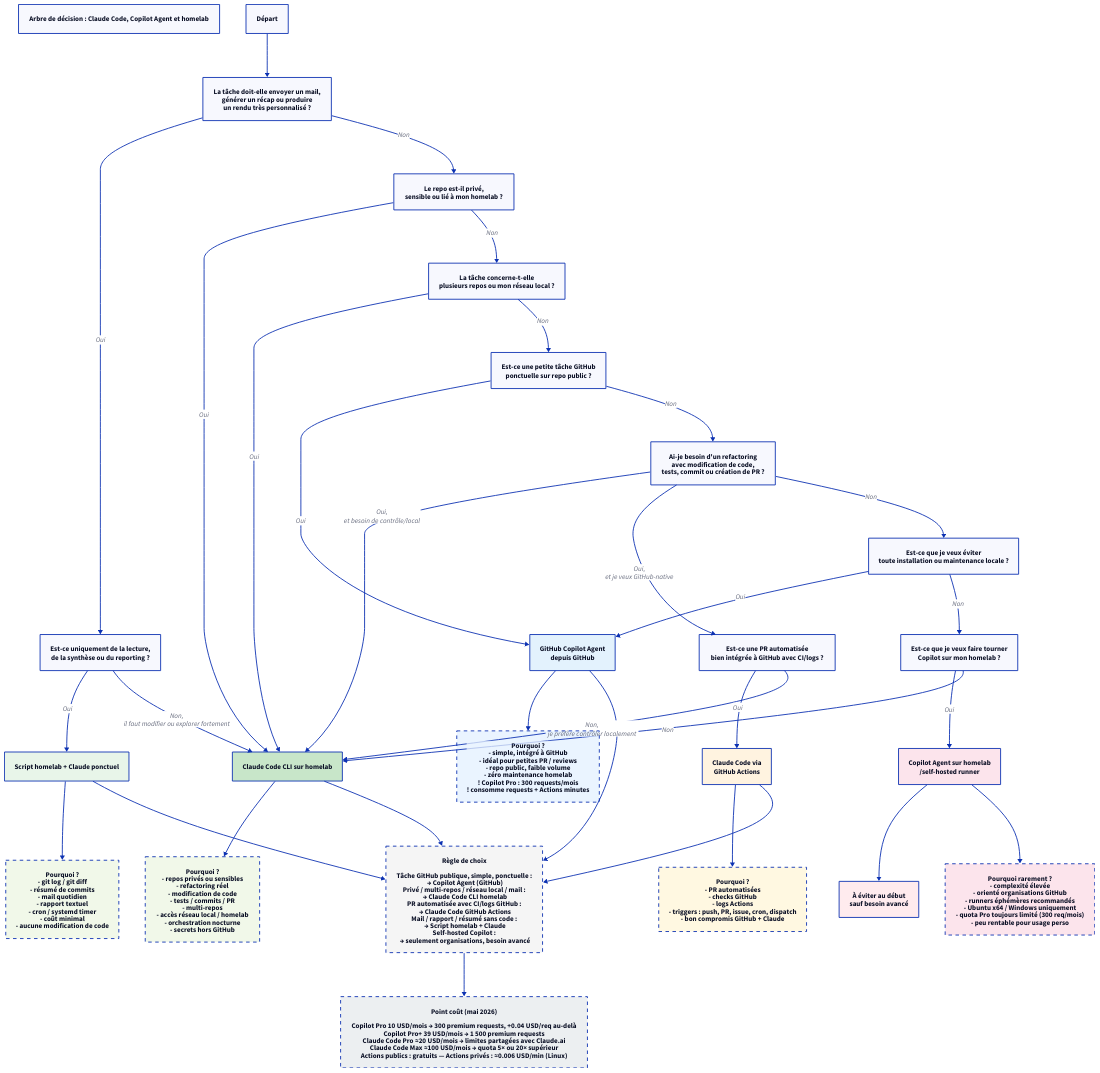
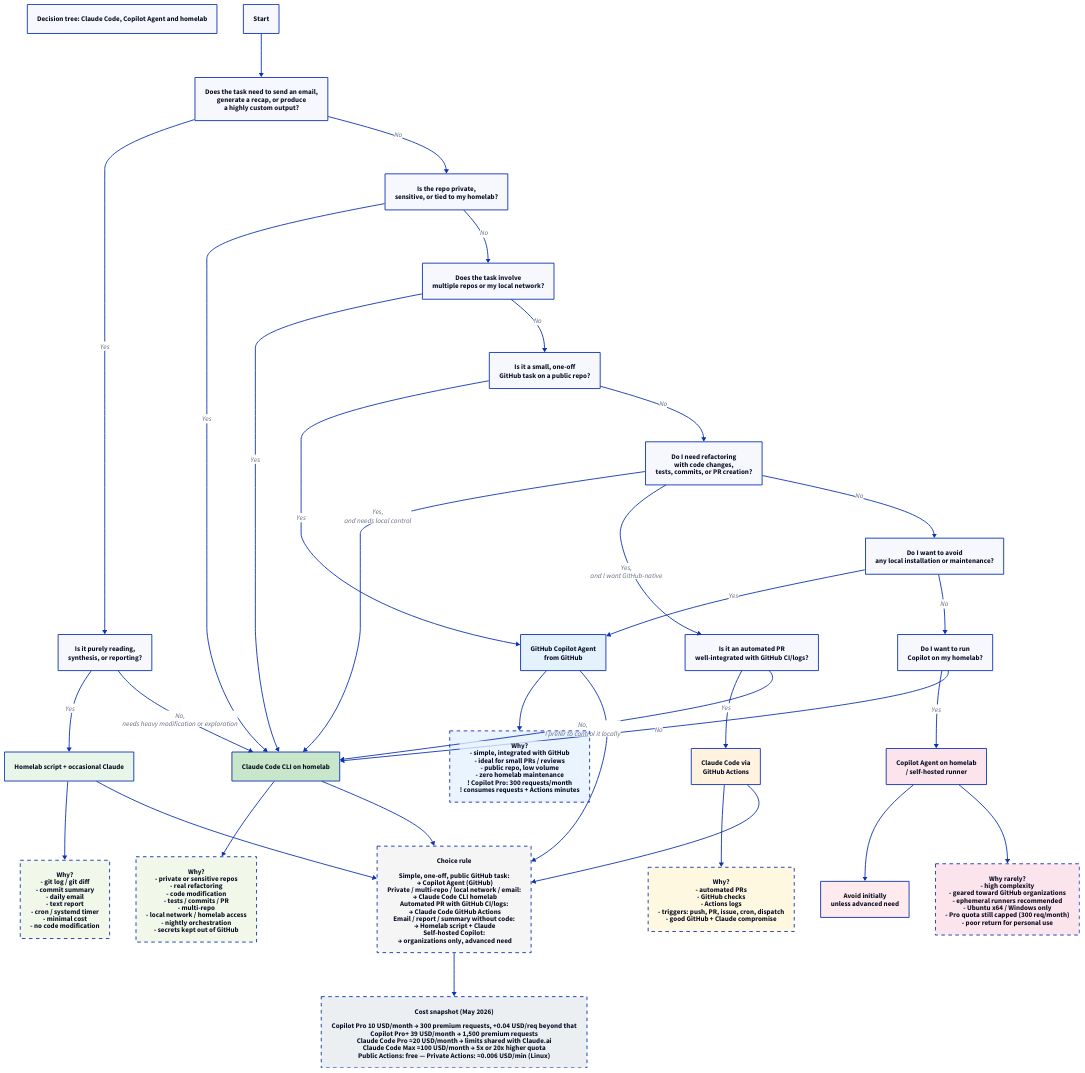
Before and after one commit to Trophalaxeur/bismuth-blog: the diagram in docs/ai-agent-decision-tree/decision-tree.d2, drawn with D2. The commit also changed 33 other files, not shown here.

```diff
--- a/docs/ai-agent-decision-tree/decision-tree.d2
+++ b/docs/ai-agent-decision-tree/decision-tree.d2
@@ -1,156 +1,156 @@
 direction: down
 
-title: "Arbre de décision : Claude Code, Copilot Agent et homelab"
+title: "Decision tree: Claude Code, Copilot Agent and homelab"
 
-start: "Départ"
+start: "Start"
 
-q1: "La tâche doit-elle envoyer un mail,\ngénérer un récap ou produire\nun rendu très personnalisé ?"
+q1: "Does the task need to send an email,\ngenerate a recap, or produce\na highly custom output?"
 
-q2: "Est-ce uniquement de la lecture,\nde la synthèse ou du reporting ?"
+q2: "Is it purely reading,\nsynthesis, or reporting?"
 
-q3: "Le repo est-il privé,\nsensible ou lié à mon homelab ?"
+q3: "Is the repo private,\nsensitive, or tied to my homelab?"
 
-q4: "La tâche concerne-t-elle\nplusieurs repos ou mon réseau local ?"
+q4: "Does the task involve\nmultiple repos or my local network?"
 
-q5: "Est-ce une petite tâche GitHub\nponctuelle sur repo public ?"
+q5: "Is it a small, one-off\nGitHub task on a public repo?"
 
-q6: "Ai-je besoin d'un refactoring\navec modification de code,\ntests, commit ou création de PR ?"
+q6: "Do I need refactoring\nwith code changes,\ntests, commits, or PR creation?"
 
-q7: "Est-ce une PR automatisée\nbien intégrée à GitHub avec CI/logs ?"
+q7: "Is it an automated PR\nwell-integrated with GitHub CI/logs?"
 
-q8: "Est-ce que je veux éviter\ntoute installation ou maintenance locale ?"
+q8: "Do I want to avoid\nany local installation or maintenance?"
 
-q9: "Est-ce que je veux faire tourner\nCopilot sur mon homelab ?"
+q9: "Do I want to run\nCopilot on my homelab?"
 
 script_homelab: {
-  label: "Script homelab + Claude ponctuel"
+  label: "Homelab script + occasional Claude"
   shape: rectangle
   style.fill: "#E8F5E9"
 }
 
 claude_local: {
-  label: "Claude Code CLI sur homelab"
+  label: "Claude Code CLI on homelab"
   shape: rectangle
   style.fill: "#C8E6C9"
 }
 
 copilot_github: {
-  label: "GitHub Copilot Agent\ndepuis GitHub"
+  label: "GitHub Copilot Agent\nfrom GitHub"
   shape: rectangle
   style.fill: "#E3F2FD"
 }
 
 claude_actions: {
   label: "Claude Code via\nGitHub Actions"
   shape: rectangle
   style.fill: "#FFF3E0"
 }
 
 copilot_self_hosted: {
-  label: "Copilot Agent sur homelab\n/self-hosted runner"
+  label: "Copilot Agent on homelab\n/ self-hosted runner"
   shape: rectangle
   style.fill: "#FCE4EC"
 }
 
 avoid: {
-  label: "À éviter au début\nsauf besoin avancé"
+  label: "Avoid initially\nunless advanced need"
   shape: rectangle
   style.fill: "#FFEBEE"
 }
 
 why_script: {
-  label: "Pourquoi ?\n- git log / git diff\n- résumé de commits\n- mail quotidien\n- rapport textuel\n- cron / systemd timer\n- coût minimal\n- aucune modification de code"
+  label: "Why?\n- git log / git diff\n- commit summary\n- daily email\n- text report\n- cron / systemd timer\n- minimal cost\n- no code modification"
   shape: rectangle
   style.stroke-dash: 4
   style.fill: "#F1F8E9"
 }
 
 why_local: {
-  label: "Pourquoi ?\n- repos privés ou sensibles\n- refactoring réel\n- modification de code\n- tests / commits / PR\n- multi-repos\n- accès réseau local / homelab\n- orchestration nocturne\n- secrets hors GitHub"
+  label: "Why?\n- private or sensitive repos\n- real refactoring\n- code modification\n- tests / commits / PR\n- multi-repo\n- local network / homelab access\n- nightly orchestration\n- secrets kept out of GitHub"
   shape: rectangle
   style.stroke-dash: 4
   style.fill: "#F1F8E9"
 }
 
 why_copilot: {
-  label: "Pourquoi ?\n- simple, intégré à GitHub\n- idéal pour petites PR / reviews\n- repo public, faible volume\n- zéro maintenance homelab\n! Copilot Pro : 300 requests/mois\n! consomme requests + Actions minutes"
+  label: "Why?\n- simple, integrated with GitHub\n- ideal for small PRs / reviews\n- public repo, low volume\n- zero homelab maintenance\n! Copilot Pro: 300 requests/month\n! consumes requests + Actions minutes"
   shape: rectangle
   style.stroke-dash: 4
   style.fill: "#EAF4FF"
 }
 
 why_actions: {
-  label: "Pourquoi ?\n- PR automatisées\n- checks GitHub\n- logs Actions\n- triggers : push, PR, issue, cron, dispatch\n- bon compromis GitHub + Claude"
+  label: "Why?\n- automated PRs\n- GitHub checks\n- Actions logs\n- triggers: push, PR, issue, cron, dispatch\n- good GitHub + Claude compromise"
   shape: rectangle
   style.stroke-dash: 4
   style.fill: "#FFF8E1"
 }
 
 why_self_hosted: {
-  label: "Pourquoi rarement ?\n- complexité élevée\n- orienté organisations GitHub\n- runners éphémères recommandés\n- Ubuntu x64 / Windows uniquement\n- quota Pro toujours limité (300 req/mois)\n- peu rentable pour usage perso"
+  label: "Why rarely?\n- high complexity\n- geared toward GitHub organizations\n- ephemeral runners recommended\n- Ubuntu x64 / Windows only\n- Pro quota still capped (300 req/month)\n- poor return for personal use"
   shape: rectangle
   style.stroke-dash: 4
   style.fill: "#FCE4EC"
 }
 
 legend: {
-  label: "Règle de choix\n\nTâche GitHub publique, simple, ponctuelle :\n  → Copilot Agent (GitHub)\nPrivé / multi-repos / réseau local / mail :\n  → Claude Code CLI homelab\nPR automatisée avec CI/logs GitHub :\n  → Claude Code GitHub Actions\nMail / rapport / résumé sans code :\n  → Script homelab + Claude\nSelf-hosted Copilot :\n  → seulement organisations, besoin avancé"
+  label: "Choice rule\n\nSimple, one-off, public GitHub task:\n  → Copilot Agent (GitHub)\nPrivate / multi-repo / local network / email:\n  → Claude Code CLI homelab\nAutomated PR with GitHub CI/logs:\n  → Claude Code GitHub Actions\nEmail / report / summary without code:\n  → Homelab script + Claude\nSelf-hosted Copilot:\n  → organizations only, advanced need"
   shape: rectangle
   style.stroke-dash: 4
   style.fill: "#F5F5F5"
 }
 
 cost_warning: {
-  label: "Point coût (mai 2026)\n\nCopilot Pro 10 USD/mois → 300 premium requests, +0.04 USD/req au-delà\nCopilot Pro+ 39 USD/mois → 1 500 premium requests\nClaude Code Pro ≈20 USD/mois → limites partagées avec Claude.ai\nClaude Code Max ≈100 USD/mois → quota 5× ou 20× supérieur\nActions publics : gratuits — Actions privés : ≈0.006 USD/min (Linux)"
+  label: "Cost snapshot (May 2026)\n\nCopilot Pro 10 USD/month → 300 premium requests, +0.04 USD/req beyond that\nCopilot Pro+ 39 USD/month → 1,500 premium requests\nClaude Code Pro ≈20 USD/month → limits shared with Claude.ai\nClaude Code Max ≈100 USD/month → 5x or 20x higher quota\nPublic Actions: free — Private Actions: ≈0.006 USD/min (Linux)"
   shape: rectangle
   style.stroke-dash: 4
   style.fill: "#ECEFF1"
 }
 
 start -> q1
 
-q1 -> q2: "Oui"
-q1 -> q3: "Non"
+q1 -> q2: "Yes"
+q1 -> q3: "No"
 
-q2 -> script_homelab: "Oui"
+q2 -> script_homelab: "Yes"
 script_homelab -> why_script
 
-q2 -> claude_local: "Non,\nil faut modifier ou explorer fortement"
+q2 -> claude_local: "No,\nneeds heavy modification or exploration"
 claude_local -> why_local
 
-q3 -> claude_local: "Oui"
-q3 -> q4: "Non"
+q3 -> claude_local: "Yes"
+q3 -> q4: "No"
 
-q4 -> claude_local: "Oui"
-q4 -> q5: "Non"
+q4 -> claude_local: "Yes"
+q4 -> q5: "No"
 
-q5 -> copilot_github: "Oui"
+q5 -> copilot_github: "Yes"
 copilot_github -> why_copilot
 
-q5 -> q6: "Non"
+q5 -> q6: "No"
 
-q6 -> claude_local: "Oui,\net besoin de contrôle/local"
-q6 -> q7: "Oui,\net je veux GitHub-native"
+q6 -> claude_local: "Yes,\nand needs local control"
+q6 -> q7: "Yes,\nand I want GitHub-native"
 
-q6 -> q8: "Non"
+q6 -> q8: "No"
 
-q7 -> claude_actions: "Oui"
+q7 -> claude_actions: "Yes"
 claude_actions -> why_actions
 
-q7 -> claude_local: "Non,\nje préfère contrôler localement"
+q7 -> claude_local: "No,\nI prefer to control it locally"
 
-q8 -> copilot_github: "Oui"
-q8 -> q9: "Non"
+q8 -> copilot_github: "Yes"
+q8 -> q9: "No"
 
-q9 -> copilot_self_hosted: "Oui"
+q9 -> copilot_self_hosted: "Yes"
 copilot_self_hosted -> avoid
 copilot_self_hosted -> why_self_hosted
 
-q9 -> claude_local: "Non"
+q9 -> claude_local: "No"
 
 script_homelab -> legend
 claude_local -> legend
 copilot_github -> legend
 claude_actions -> legend
 
 legend -> cost_warning
```
